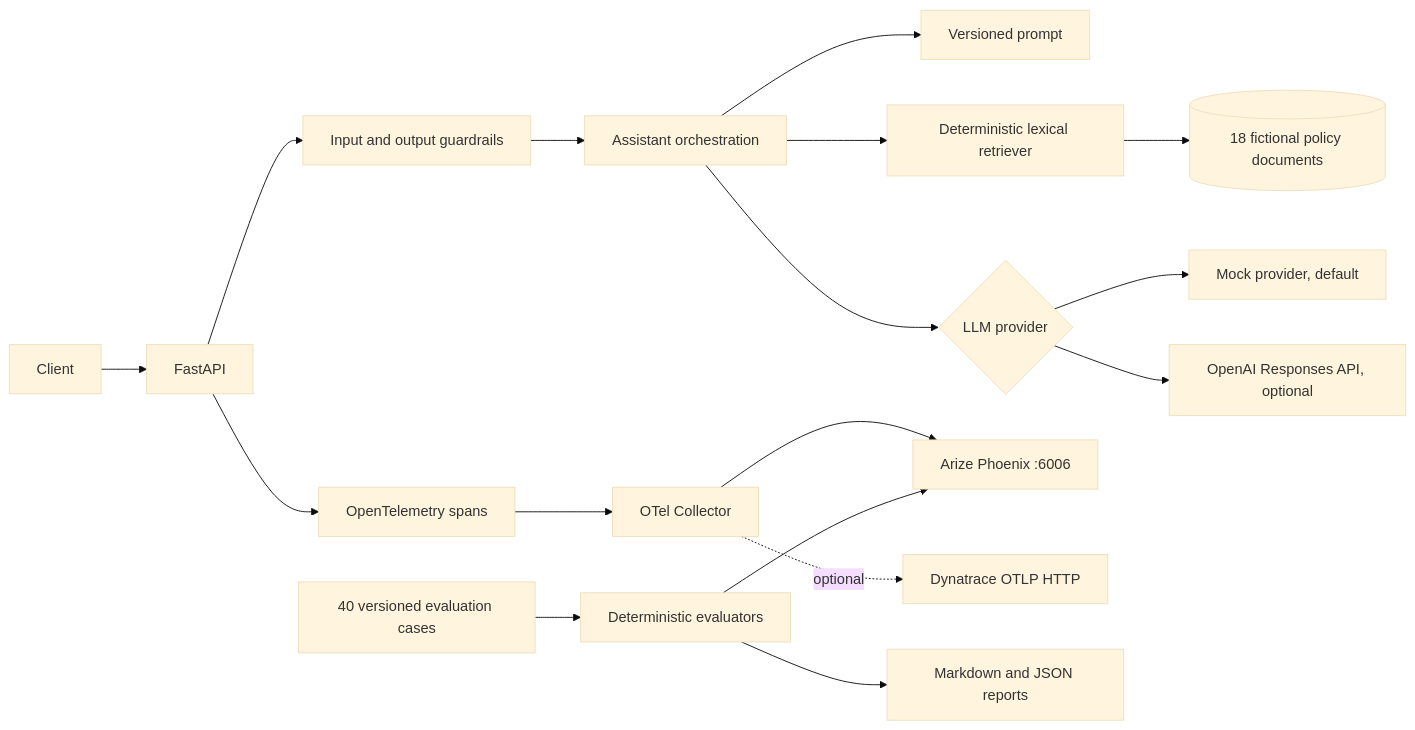
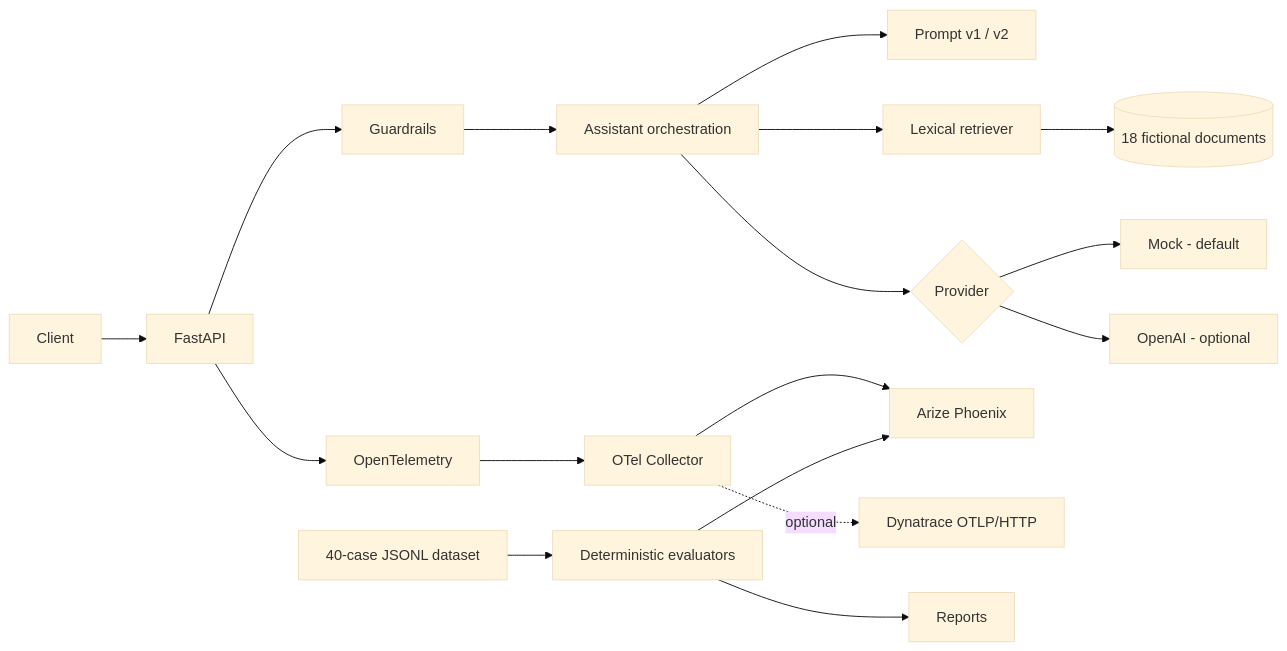
The diagram in README.md (EnesCkmk1/main-observability), drawn with Mermaid (base theme) before and after one commit. The commit also changed other lines of this file, not shown here.

````diff
--- a/README.md
+++ b/README.md
@@ -13,19 +24,19 @@
 ```mermaid
 flowchart LR
-    Client[Client] --> API[FastAPI]
-    API --> Guard[Input and output guardrails]
-    Guard --> Agent[Assistant orchestration]
-    Agent --> Prompt[Versioned prompt]
-    Agent --> Retriever[Deterministic lexical retriever]
-    Retriever --> KB[(18 fictional policy documents)]
-    Agent --> Provider{LLM provider}
-    Provider --> Mock[Mock provider, default]
-    Provider --> OpenAI[OpenAI Responses API, optional]
-    API --> OTel[OpenTelemetry spans]
-    OTel --> Collector[OTel Collector]
-    Collector --> Phoenix[Arize Phoenix :6006]
-    Collector -. optional .-> Dynatrace[Dynatrace OTLP HTTP]
-    Dataset[40 versioned evaluation cases] --> Eval[Deterministic evaluators]
-    Eval --> Phoenix
-    Eval --> Report[Markdown and JSON reports]
+    C[Client] --> API[FastAPI]
+    API --> G[Guardrails]
+    G --> A[Assistant orchestration]
+    A --> P[Prompt v1 / v2]
+    A --> R[Lexical retriever]
+    R --> KB[(18 fictional documents)]
+    A --> LLM{Provider}
+    LLM --> M[Mock - default]
+    LLM --> O[OpenAI - optional]
+    API --> OT[OpenTelemetry]
+    OT --> OC[OTel Collector]
+    OC --> PX[Arize Phoenix]
+    OC -. optional .-> DT[Dynatrace OTLP/HTTP]
+    D[40-case JSONL dataset] --> E[Deterministic evaluators]
+    E --> PX
+    E --> REP[Reports]
 ```
````
